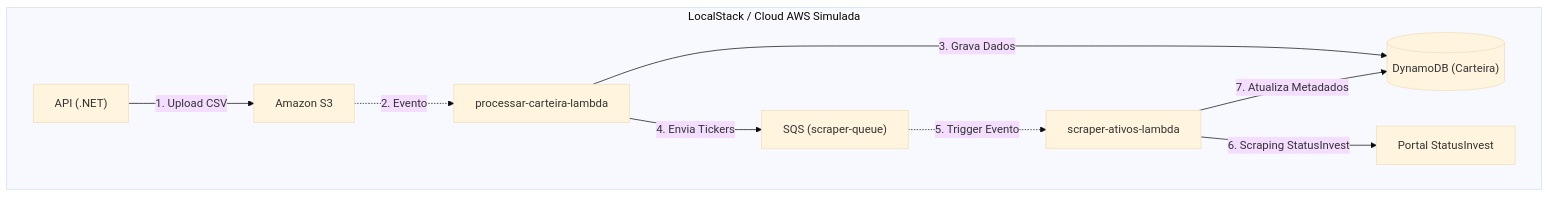
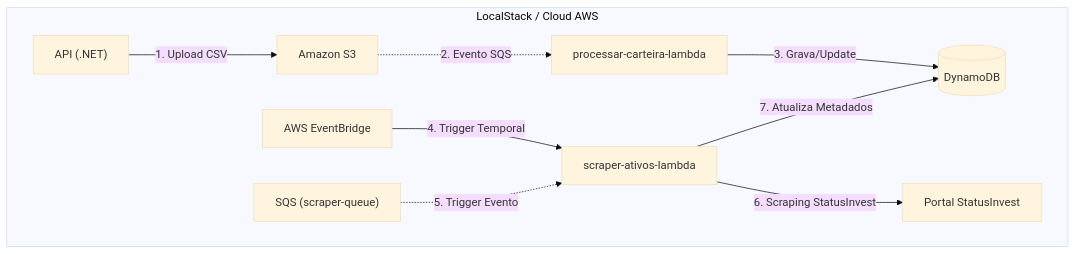
The diagram in README.md (JTBCode86/fii-analytics-engine), drawn with Mermaid (base theme) before and after one commit. The commit also changed other lines of this file, not shown here.

Commit message:
Atualização do arquivo Readme.md.

````diff
--- a/README.md
+++ b/README.md
@@ -14,12 +14,13 @@
 ```mermaid
 graph TD
-    subgraph LocalStack ["LocalStack / Cloud AWS Simulada"]
+    subgraph LocalStack ["LocalStack / Cloud AWS"]
         A["API (.NET)"] -->|"1. Upload CSV"| B["Amazon S3"]
-        B -.->|"2. Evento"| C["processar-carteira-lambda"]
-        C -->|"3. Grava Dados"| D[("DynamoDB (Carteira)")]
-        C -->|"4. Envia Tickers"| E["SQS (scraper-queue)"]
-        E -.->|"5. Trigger Evento"| F["scraper-ativos-lambda"]
-        F -->|"6. Scraping StatusInvest"| G["Portal StatusInvest"]
+        B -.->|"2. Evento SQS"| C["processar-carteira-lambda"]
+        C -->|"3. Grava/Update"| D[("DynamoDB")]
+        
+        E["AWS EventBridge"] -->|"4. Trigger Temporal"| F["scraper-ativos-lambda"]
+        G["SQS (scraper-queue)"] -.->|"5. Trigger Evento"| F
+        F -->|"6. Scraping StatusInvest"| H["Portal StatusInvest"]
         F -->|"7. Atualiza Metadados"| D
     end
 ```
````
